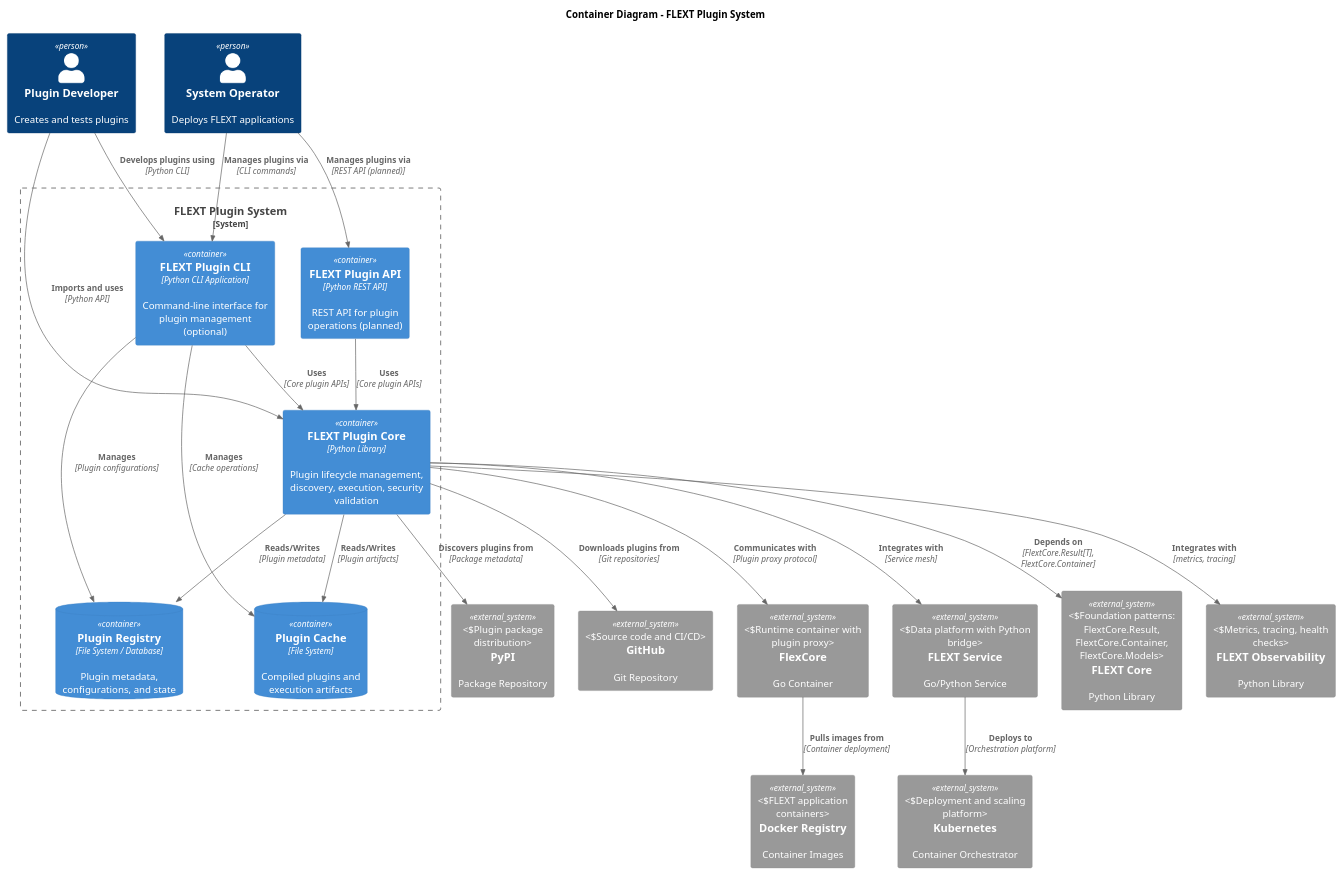
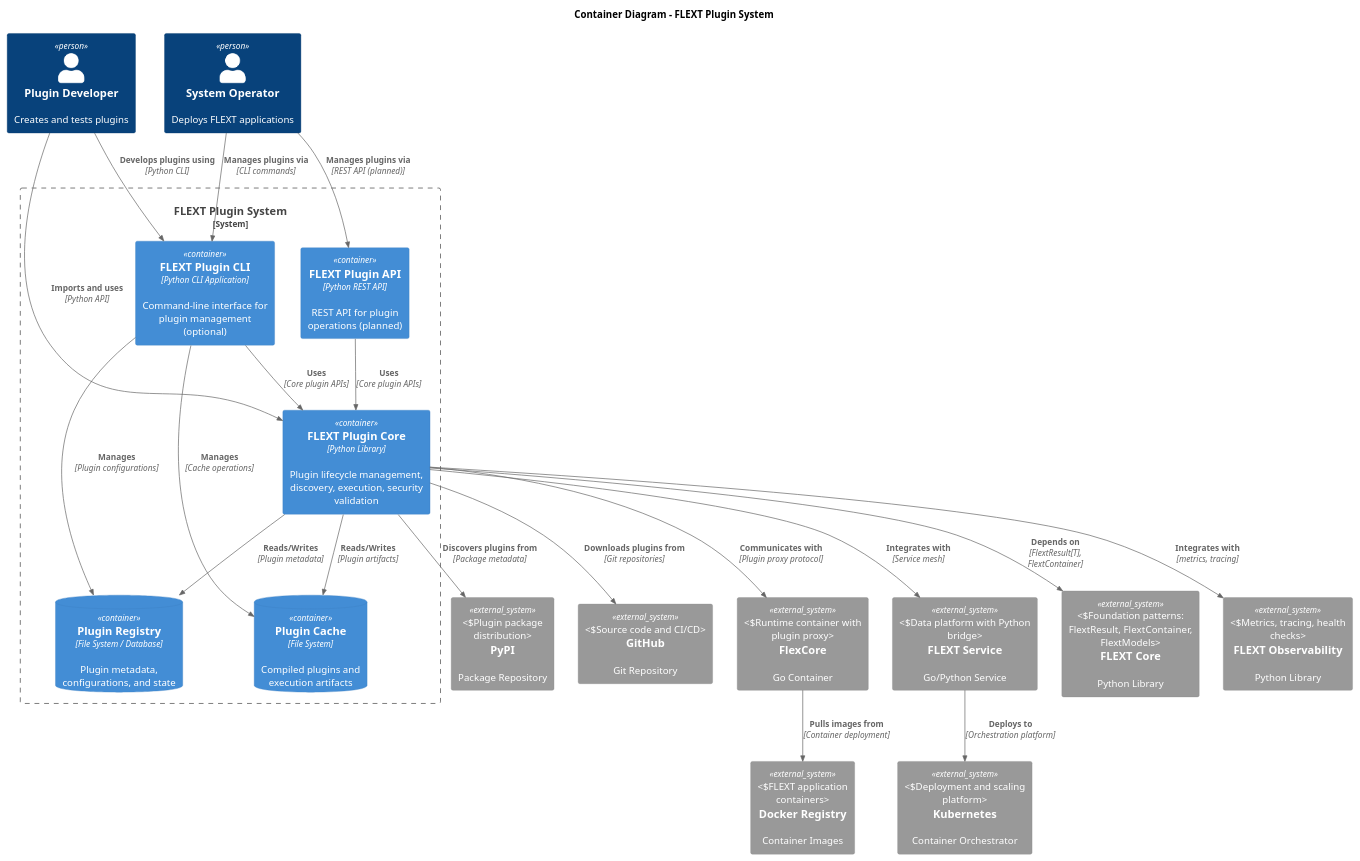
The diagram in docs/architecture/containers.md (flext-sh/flext-plugin), drawn with PlantUML before and after one commit. The commit also changed 53 other files, not shown here.

````diff
--- a/docs/architecture/containers.md
+++ b/docs/architecture/containers.md
@@ -22,59 +22,59 @@
 ```plantuml
 @startuml Container Diagram
 !include https://raw.githubusercontent.com/plantuml-stdlib/C4-PlantUML/master/C4_Container.puml
 
 title Container Diagram - FLEXT Plugin System
 
 Person(developer, "Plugin Developer", "Creates and tests plugins")
 Person(operator, "System Operator", "Deploys FLEXT applications")
 
 System_Boundary(flext_plugin_system, "FLEXT Plugin System") {
 
     Container(flext_plugin_core, "FLEXT Plugin Core", "Python Library", "Plugin lifecycle management, discovery, execution, security validation")
     Container(flext_plugin_cli, "FLEXT Plugin CLI", "Python CLI Application", "Command-line interface for plugin management (optional)")
     Container(flext_plugin_api, "FLEXT Plugin API", "Python REST API", "REST API for plugin operations (planned)")
 
     ContainerDb(plugin_registry, "Plugin Registry", "File System / Database", "Plugin metadata, configurations, and state")
     ContainerDb(plugin_cache, "Plugin Cache", "File System", "Compiled plugins and execution artifacts")
 }
 
-System_Ext(flext_core, "FLEXT Core", "Python Library", "Foundation patterns: FlextCore.Result, FlextCore.Container, FlextCore.Models")
+System_Ext(flext_core, "FLEXT Core", "Python Library", "Foundation patterns: FlextResult, FlextContainer, FlextModels")
 System_Ext(flext_observability, "FLEXT Observability", "Python Library", "Metrics, tracing, health checks")
 
 System_Ext(pypi, "PyPI", "Package Repository", "Plugin package distribution")
 System_Ext(github, "GitHub", "Git Repository", "Source code and CI/CD")
 
 System_Ext(flexcore, "FlexCore", "Go Container", "Runtime container with plugin proxy")
 System_Ext(flext_service, "FLEXT Service", "Go/Python Service", "Data platform with Python bridge")
 
 System_Ext(docker_registry, "Docker Registry", "Container Images", "FLEXT application containers")
 System_Ext(kubernetes, "Kubernetes", "Container Orchestrator", "Deployment and scaling platform")
 
 Rel(developer, flext_plugin_cli, "Develops plugins using", "Python CLI")
 Rel(developer, flext_plugin_core, "Imports and uses", "Python API")
 Rel(operator, flext_plugin_cli, "Manages plugins via", "CLI commands")
 Rel(operator, flext_plugin_api, "Manages plugins via", "REST API (planned)")
 
-Rel(flext_plugin_core, flext_core, "Depends on", "FlextCore.Result[T], FlextCore.Container")
+Rel(flext_plugin_core, flext_core, "Depends on", "FlextResult[T], FlextContainer")
 Rel(flext_plugin_core, flext_observability, "Integrates with", "metrics, tracing")
 
 Rel(flext_plugin_cli, flext_plugin_core, "Uses", "Core plugin APIs")
 Rel(flext_plugin_api, flext_plugin_core, "Uses", "Core plugin APIs")
 
 Rel(flext_plugin_core, plugin_registry, "Reads/Writes", "Plugin metadata")
 Rel(flext_plugin_core, plugin_cache, "Reads/Writes", "Plugin artifacts")
 
 Rel(flext_plugin_cli, plugin_registry, "Manages", "Plugin configurations")
 Rel(flext_plugin_cli, plugin_cache, "Manages", "Cache operations")
 
 Rel(flext_plugin_core, pypi, "Discovers plugins from", "Package metadata")
 Rel(flext_plugin_core, github, "Downloads plugins from", "Git repositories")
 
 Rel(flext_plugin_core, flexcore, "Communicates with", "Plugin proxy protocol")
 Rel(flext_plugin_core, flext_service, "Integrates with", "Service mesh")
 
 Rel(flexcore, docker_registry, "Pulls images from", "Container deployment")
 Rel(flext_service, kubernetes, "Deploys to", "Orchestration platform")
 
 @enduml
 ```
````
